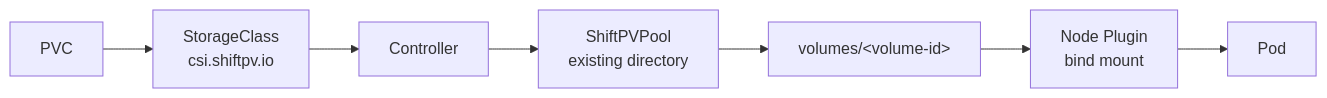
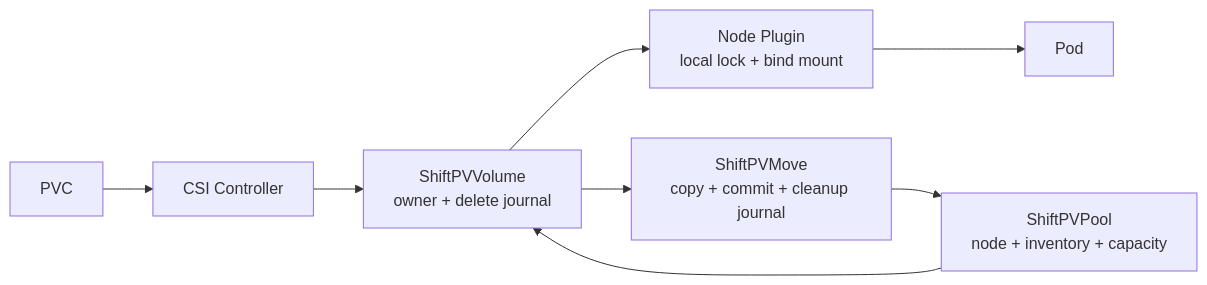
Before and after one commit to cagojeiger/ShiftPV: the diagram in README.md, drawn with Mermaid. The commit also changed other lines of this file and 121 other files, not shown here.

````diff
--- a/README.md
+++ b/README.md
@@ -9,9 +11,10 @@
 ```mermaid
 flowchart LR
-    PVC[PVC] --> SC[StorageClass<br/>csi.shiftpv.io]
-    SC --> CTRL[Controller]
-    CTRL --> POOL[ShiftPVPool<br/>existing directory]
-    POOL --> VOL[volumes/&lt;volume-id&gt;]
-    VOL --> NODE[Node Plugin<br/>bind mount]
-    NODE --> POD[Pod]
+    PVC[PVC] --> CSI[CSI Controller]
+    CSI --> V[ShiftPVVolume<br/>owner + delete journal]
+    P[ShiftPVPool<br/>node + inventory + capacity] --> V
+    V --> N[Node Plugin<br/>local lock + bind mount]
+    N --> POD[Pod]
+    V --> M[ShiftPVMove<br/>copy + commit + cleanup journal]
+    M --> P
 ```
````
